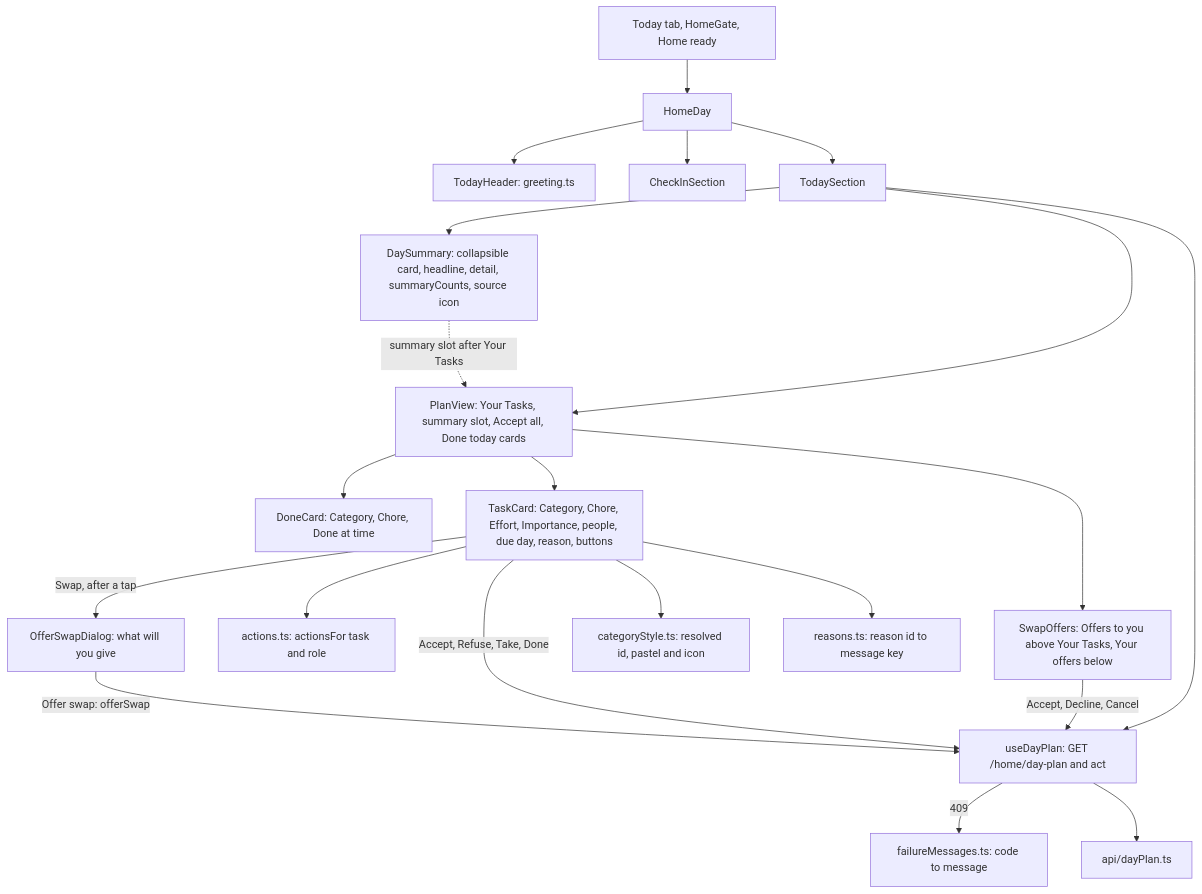
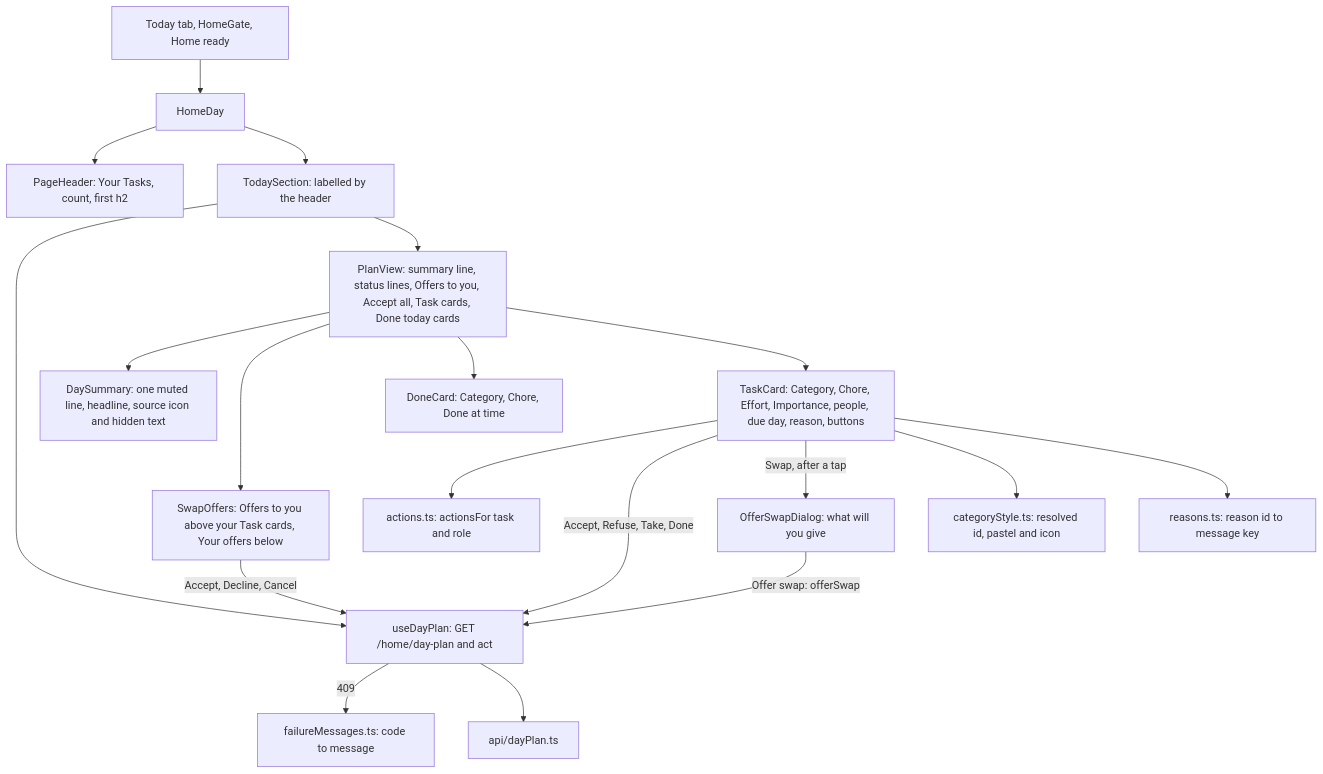
The ninth of 11 diagrams in docs/architecture/web.md (AbnerWillclefy/Homeowner), drawn with Mermaid before and after one commit. The commit also changed other lines of this file, not shown here.

Commit message:
docs(web): describe the lean Today and the check-in dialog's day lines

````diff
--- a/docs/architecture/web.md
+++ b/docs/architecture/web.md
@@ -486,23 +486,21 @@
 ```mermaid
 flowchart TD
     HS[Today tab, HomeGate, Home ready] --> HD[HomeDay]
-    HD --> TH[TodayHeader: greeting.ts]
-    HD --> CI[CheckInSection]
-    HD --> TS[TodaySection]
-    TS --> DS[DaySummary: collapsible card, headline, detail, summaryCounts, source icon]
+    HD --> PH[PageHeader: Your Tasks, count, first h2]
+    HD --> TS[TodaySection: labelled by the header]
     TS --> UD[useDayPlan: GET /home/day-plan and act]
-    TS --> PV[PlanView: Your Tasks, summary slot, Accept all, Done today cards]
-    DS -.->|summary slot after Your Tasks| PV
-    PV --> SO[SwapOffers: Offers to you above Your Tasks, Your offers below]
+    TS --> PV[PlanView: summary line, status lines, Offers to you, Accept all, Task cards, Done today cards]
+    PV --> DS[DaySummary: one muted line, headline, source icon and hidden text]
+    PV --> SO[SwapOffers: Offers to you above your Task cards, Your offers below]
     SO -->|Accept, Decline, Cancel| UD
     PV --> DC[DoneCard: Category, Chore, Done at time]
     PV --> TC[TaskCard: Category, Chore, Effort, Importance, people, due day, reason, buttons]
     TC --> AC[actions.ts: actionsFor task and role]
     TC -->|Accept, Refuse, Take, Done| UD
     TC -->|Swap, after a tap| OD[OfferSwapDialog: what will you give]
     OD -->|Offer swap: offerSwap| UD
     UD -->|409| FM[failureMessages.ts: code to message]
     TC --> CS[categoryStyle.ts: resolved id, pastel and icon]
     TC --> R[reasons.ts: reason id to message key]
     UD --> API[api/dayPlan.ts]
 ```
````
